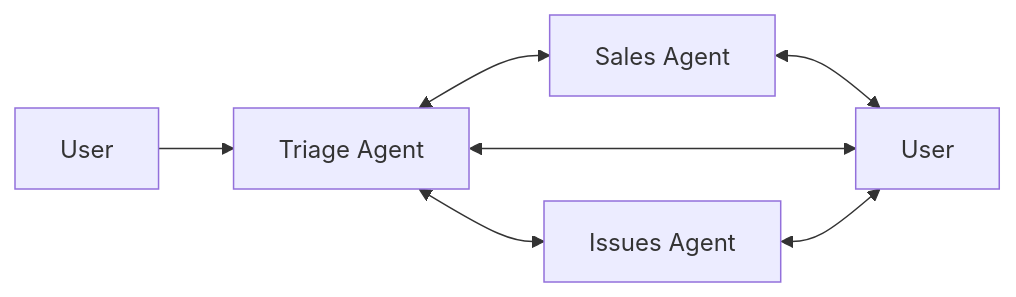
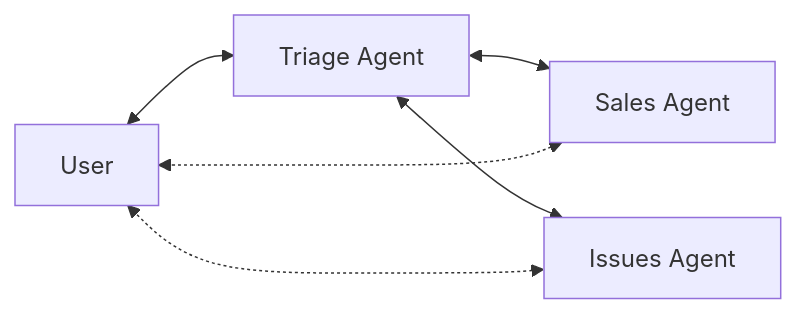
One commit to O-B-E/Black-Box-Approach-For-Mapping-Multi-Agent-Systems changed the diagram in POC/02_Orchestrator_2_Agents/handoffs_workflow.md. Above: the diagram before and after it, drawn with Mermaid. The commit also changed other lines of this file and 4 other files, not shown here.

````diff
--- a/POC/02_Orchestrator_2_Agents/handoffs_workflow.md
+++ b/POC/02_Orchestrator_2_Agents/handoffs_workflow.md
@@ -19,9 +9,8 @@
 ```mermaid
 graph LR;
-A[User]-->B[Triage Agent];
-B<-->C[Sales Agent];
-B<-->D[Issues Agent];
-C<-->E[User];
-B<-->E;
-D<-->E;
+U[User] <--> T[Triage Agent];
+T <--> S[Sales Agent];
+T <--> I[Issues Agent];
+S <-.-> U;
+I <-.-> U;
 ```
````
